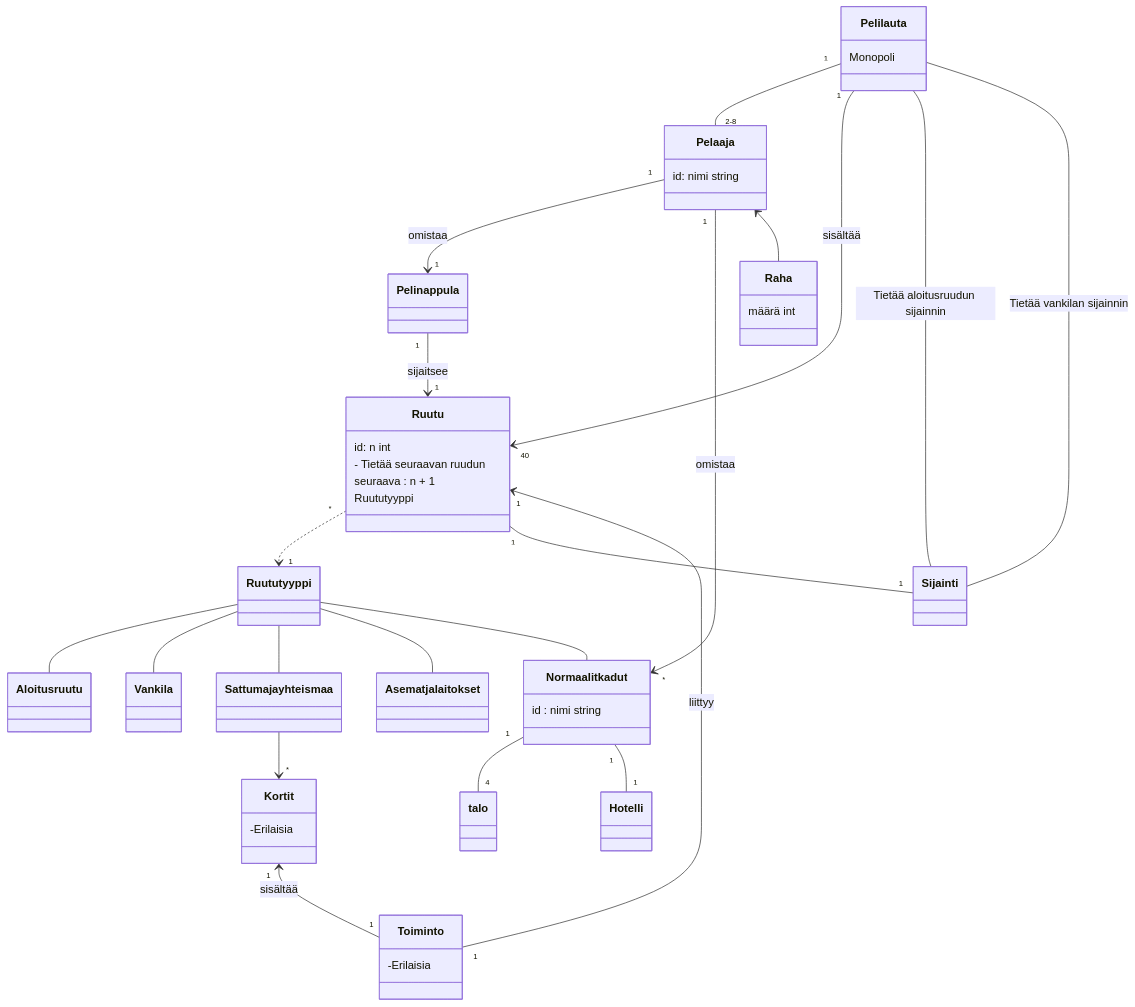
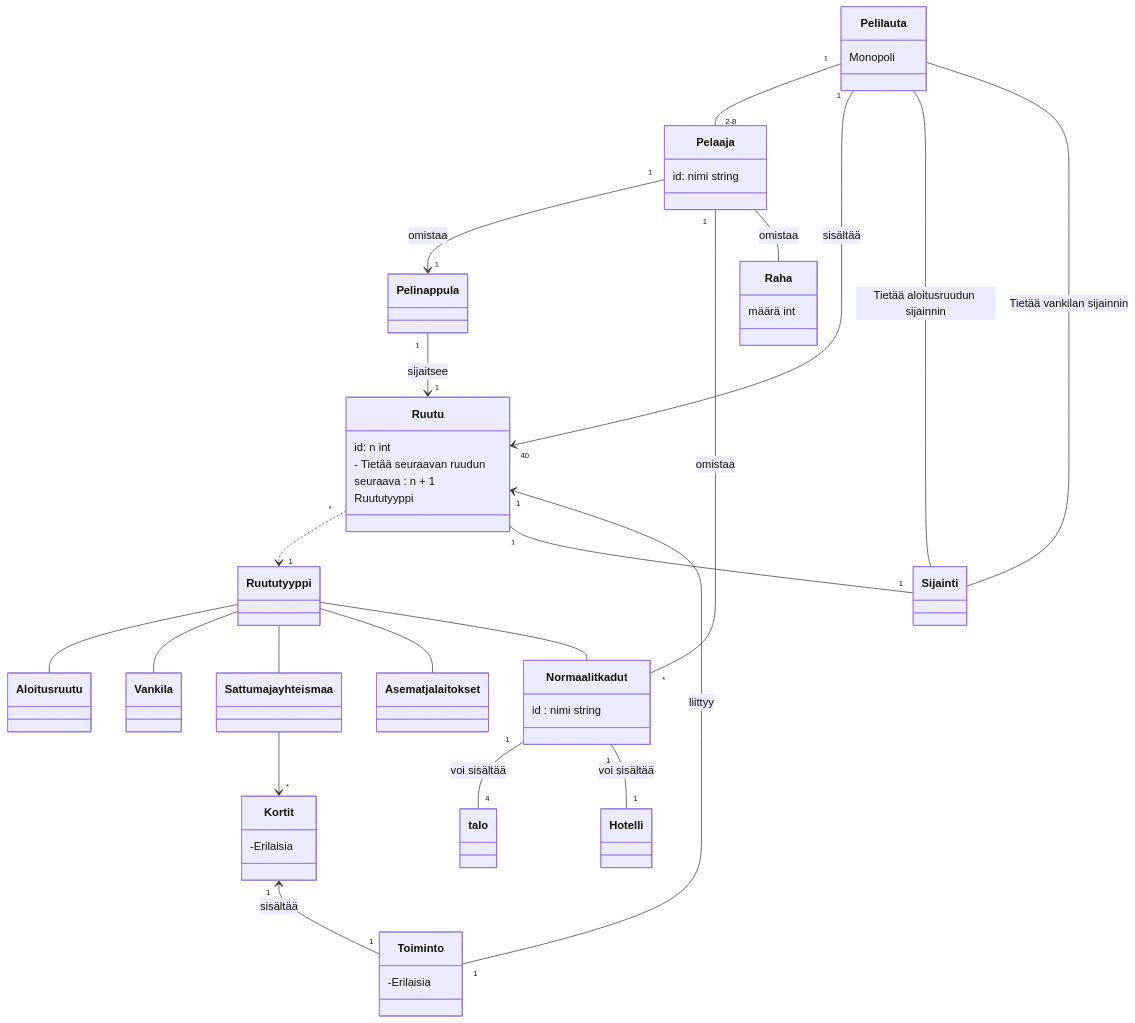
The diagram in laskarit/viikko3/monopoli.md (brotholi/ot-harjoitustyo), drawn with Mermaid before and after one commit.

````diff
--- a/laskarit/viikko3/monopoli.md
+++ b/laskarit/viikko3/monopoli.md
@@ -1,82 +1,82 @@
 ```mermaid
  classDiagram
     
     
     class Pelaaja {
        id: nimi string
     }
 
     class Pelilauta {
      Monopoli 
     }
     
     
     class Ruutu {
      id: n int
      - Tietää seuraavan ruudun
      seuraava : n + 1
      Ruututyyppi 
     
     }
     
     
 
     class Normaalit kadut {
      id : nimi string
     }
          
     class Pelinappula {
     }
     
     class Toiminto {
      -Erilaisia
     }
     
     class Kortit {
      -Erilaisia
     
     }
     
     class Raha {
     määrä int
     }
     
 
     Pelilauta "1" -- "2-8" Pelaaja
 
     Pelaaja "1" --> "1" Pelinappula : omistaa
     Pelilauta "1" --> "40" Ruutu : sisältää
     Pelinappula "1" --> "1" Ruutu : sijaitsee
 
     Ruutu "*" ..> "1" Ruututyyppi 
     
     Ruututyyppi -- Aloitusruutu
     Ruututyyppi -- Vankila
     Ruututyyppi -- Sattuma ja yhteismaa
     Ruututyyppi -- Asemat ja laitokset
     Ruututyyppi -- Normaalit kadut
 
 
     Sattuma ja yhteismaa --> "*" Kortit
     
     Ruutu "1" -- "1" Sijainti
     
     Pelilauta -- Sijainti : Tietää aloitusruudun sijainnin
     Pelilauta -- Sijainti : Tietää vankilan sijainnin
     
     Ruutu "1" <-- "1" Toiminto : liittyy
     
     Kortit "1" <-- "1" Toiminto : sisältää
     
-    Normaalit kadut "1" -- "4" talo
-    Normaalit kadut "1" -- "1" Hotelli
+    Normaalit kadut "1" -- "4" talo : voi sisältää
+    Normaalit kadut "1" -- "1" Hotelli : voi sisältää
     
-    Pelaaja "1" --> "*" Normaalit kadut : omistaa
+    Pelaaja "1" -- "*" Normaalit kadut : omistaa
     
-    Pelaaja <-- Raha
+    Pelaaja -- Raha : omistaa
     
     
 
 
     
 ```
````
